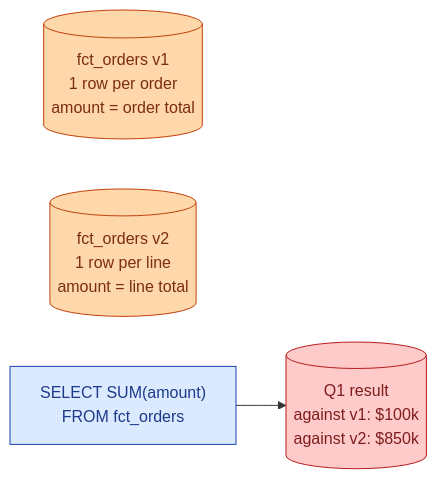
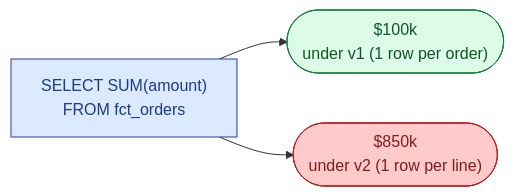
The first of 3 diagrams in problems/094-versioning-a-breaking-grain-change/solution.md (shiningflash/data-engineering-practice-problems), drawn with Mermaid before and after one commit. The commit also changed other lines of this file and 3 other files, not shown here.

````diff
--- a/problems/094-versioning-a-breaking-grain-change/solution.md
+++ b/problems/094-versioning-a-breaking-grain-change/solution.md
@@ -9,13 +11,10 @@
 ```mermaid
 flowchart LR
-    OLD[("fct_orders v1<br/>1 row per order<br/>amount = order total")]:::wh
-    NEW[("fct_orders v2<br/>1 row per line<br/>amount = line total")]:::wh
-    Q1["SELECT SUM(amount)<br/>FROM fct_orders"]:::q
-    Q2[("Q1 result<br/>against v1: $100k<br/>against v2: $850k")]:::bad
+    Q["SELECT SUM(amount)<br/>FROM fct_orders"]:::q
+    Q --> V1(["$100k<br/>under v1 (1 row per order)"]):::ok
+    Q --> V2(["$850k<br/>under v2 (1 row per line)"]):::bad
 
-    Q1 --> Q2
-
-    classDef wh fill:#fed7aa,stroke:#c2410c,color:#7c2d12
     classDef q fill:#dbeafe,stroke:#1e40af,color:#1e3a8a
+    classDef ok fill:#dcfce7,stroke:#15803d,color:#14532d
     classDef bad fill:#fecaca,stroke:#b91c1c,color:#7f1d1d
 ```
````
